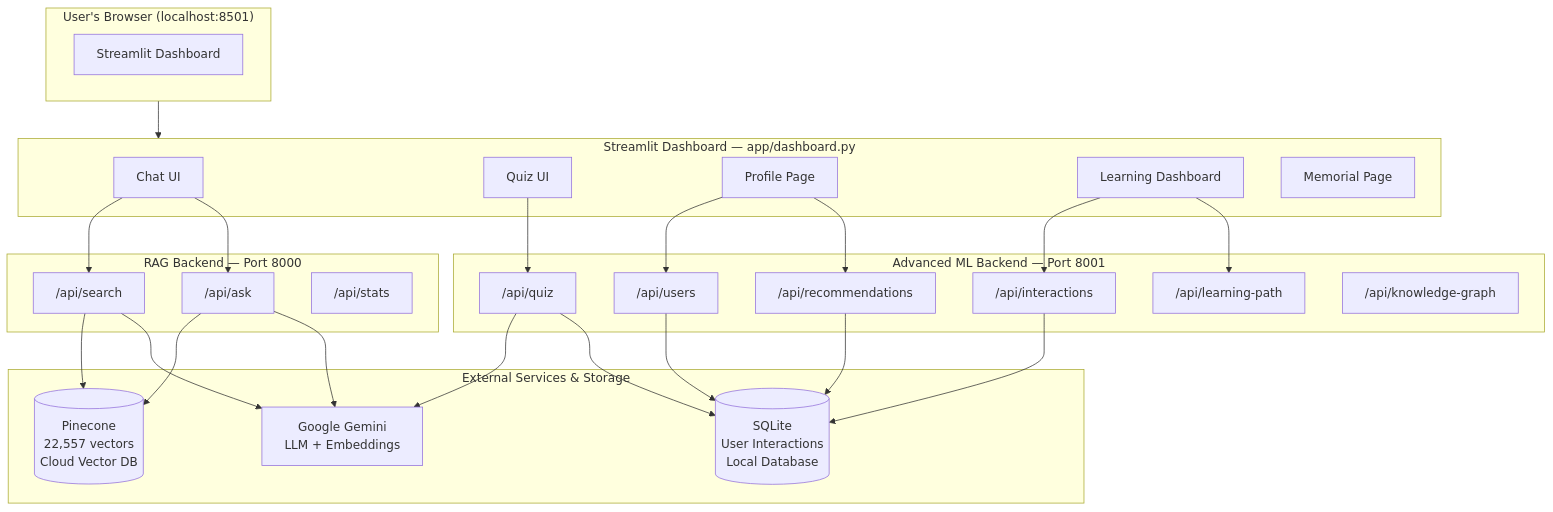
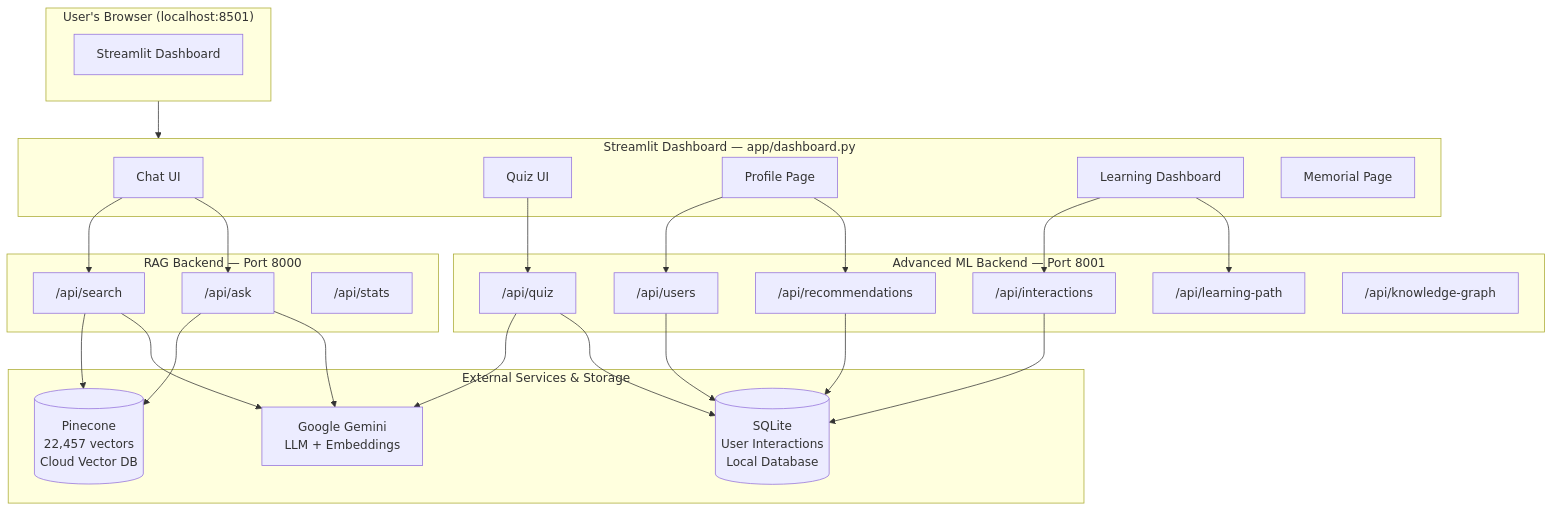
The first of 22 diagrams in DOCUMENTARY.md (spacesheepinternet/PeatLearn), drawn with Mermaid before and after one commit. The commit also changed other lines of this file, not shown here.

````diff
--- a/DOCUMENTARY.md
+++ b/DOCUMENTARY.md
@@ -69,49 +70,49 @@
 ```mermaid
 graph TB
     subgraph Browser["User's Browser (localhost:8501)"]
         UI["Streamlit Dashboard"]
     end
 
     subgraph Dashboard["Streamlit Dashboard — app/dashboard.py"]
         Chat["Chat UI"]
         Quiz["Quiz UI"]
         Profile["Profile Page"]
         LDash["Learning Dashboard"]
         Memorial["Memorial Page"]
     end
 
     subgraph RAG["RAG Backend — Port 8000"]
         Search["/api/search"]
         Ask["/api/ask"]
         Stats["/api/stats"]
     end
 
     subgraph ML["Advanced ML Backend — Port 8001"]
         QuizAPI["/api/quiz"]
         Recs["/api/recommendations"]
         Users["/api/users"]
         Interactions["/api/interactions"]
         LP["/api/learning-path"]
         KG["/api/knowledge-graph"]
     end
 
     subgraph External["External Services & Storage"]
-        Pinecone[("Pinecone\n22,557 vectors\nCloud Vector DB")]
+        Pinecone[("Pinecone\n22,457 vectors\nCloud Vector DB")]
         Gemini["Google Gemini\nLLM + Embeddings"]
         SQLite[("SQLite\nUser Interactions\nLocal Database")]
     end
 
     Browser --> Dashboard
     Chat --> Search & Ask
     Quiz --> QuizAPI
     Profile --> Users & Recs
     LDash --> Interactions & LP
 
     Search & Ask --> Pinecone
     Search & Ask --> Gemini
     QuizAPI --> Gemini
     QuizAPI --> SQLite
     Users --> SQLite
     Interactions --> SQLite
     Recs --> SQLite
 ```
````
